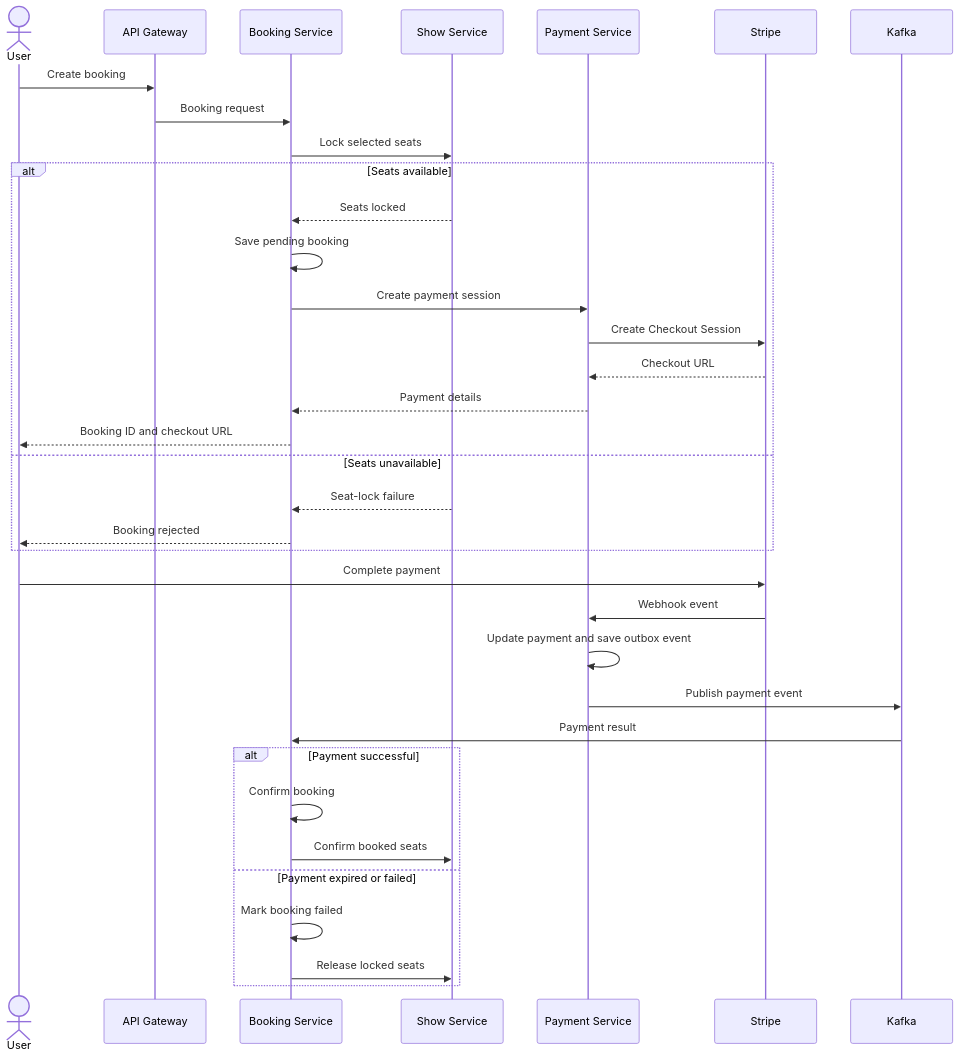
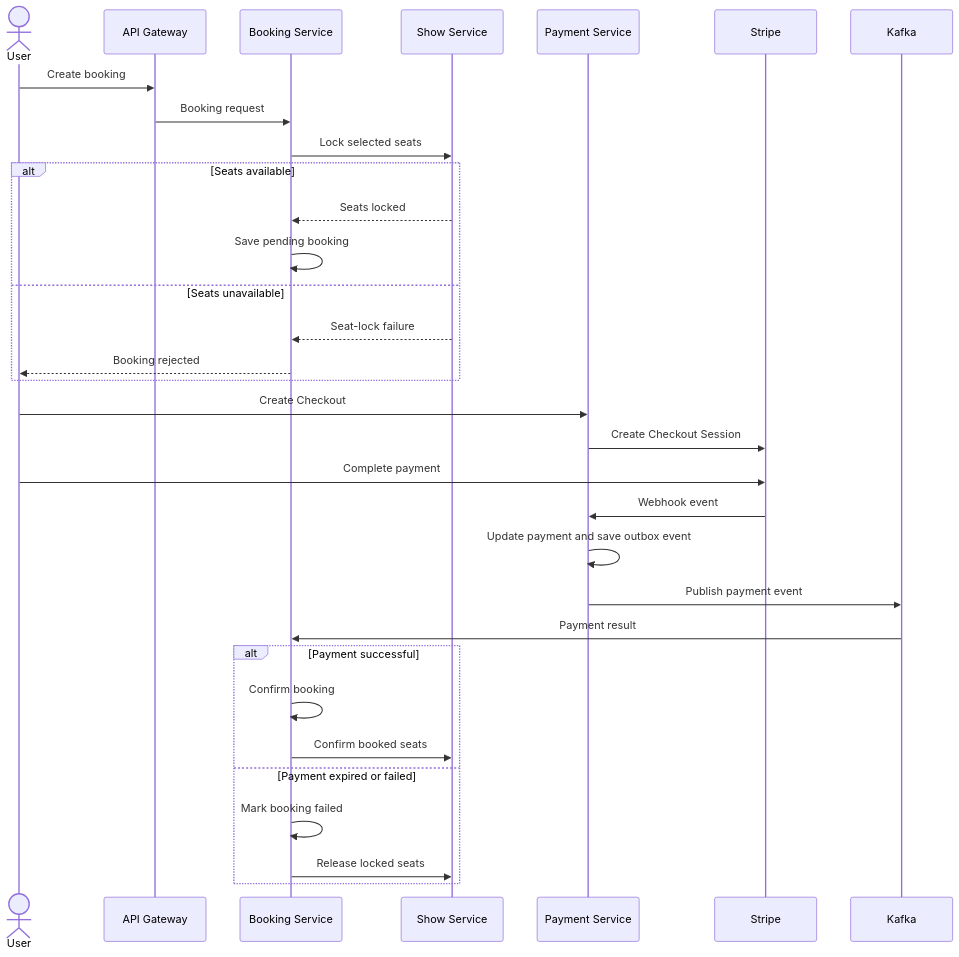
One commit to aparajits814/Microservices_ticketbooking changed the second of 2 diagrams in README.md. Above: the diagram before and after it, drawn with Mermaid. The commit also changed other lines of this file, not shown here.

````diff
--- a/README.md
+++ b/README.md
@@ -176,41 +178,37 @@
 ```mermaid
 sequenceDiagram
     actor User
     participant Gateway as API Gateway
     participant Booking as Booking Service
     participant Show as Show Service
     participant Payment as Payment Service
     participant Stripe
     participant Kafka
 
     User->>Gateway: Create booking
     Gateway->>Booking: Booking request
     Booking->>Show: Lock selected seats
 
     alt Seats available
         Show-->>Booking: Seats locked
         Booking->>Booking: Save pending booking
-        Booking->>Payment: Create payment session
-        Payment->>Stripe: Create Checkout Session
-        Stripe-->>Payment: Checkout URL
-        Payment-->>Booking: Payment details
-        Booking-->>User: Booking ID and checkout URL
     else Seats unavailable
         Show-->>Booking: Seat-lock failure
         Booking-->>User: Booking rejected
     end
-
+    User->>Payment: Create Checkout
+    Payment->>Stripe: Create Checkout Session
     User->>Stripe: Complete payment
     Stripe->>Payment: Webhook event
     Payment->>Payment: Update payment and save outbox event
     Payment->>Kafka: Publish payment event
     Kafka->>Booking: Payment result
 
     alt Payment successful
         Booking->>Booking: Confirm booking
         Booking->>Show: Confirm booked seats
     else Payment expired or failed
         Booking->>Booking: Mark booking failed
         Booking->>Show: Release locked seats
     end
 ```
````
